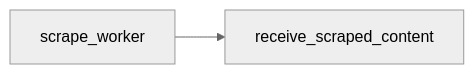
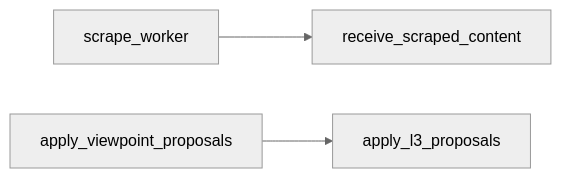
The diagram in doxa-agents/docs/generated/pipeline-graph.md (grpallen18/doxa), drawn with Mermaid (neutral theme) before and after one commit. The commit also changed 145 other files, not shown here.

````diff
--- a/doxa-agents/docs/generated/pipeline-graph.md
+++ b/doxa-agents/docs/generated/pipeline-graph.md
@@ -5,4 +5,5 @@
 ```mermaid
 flowchart LR
   scrape_worker --> receive_scraped_content
+  apply_viewpoint_proposals --> apply_l3_proposals
 ```
````
